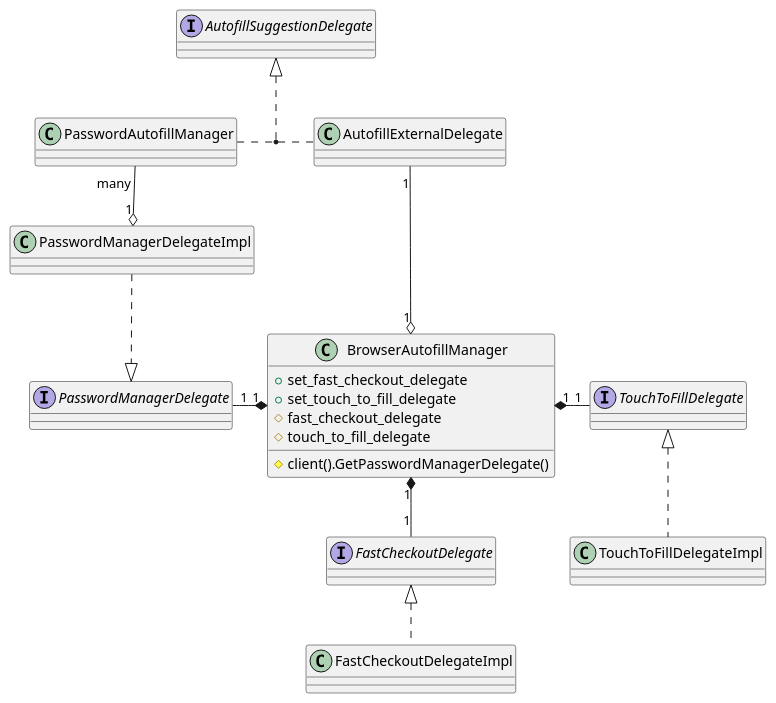
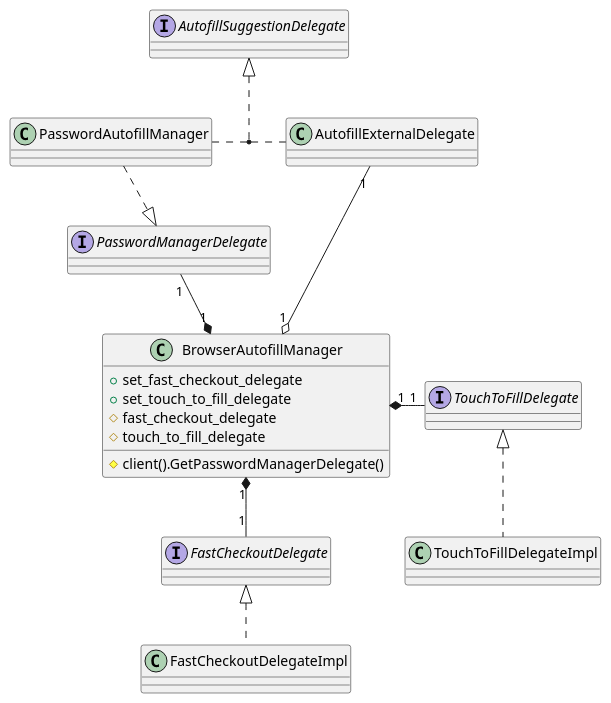
Before and after one commit to benji-cannot-code/fast-vc-chromium-benchmark-run-4: the diagram in components/autofill/core/browser/integrators/README_class.plantuml, drawn with PlantUML. The commit also changed 22 other files, not shown here.

First line of the commit message:
[Autofill] Use PasswordAutofillManager as PasswordManagerDelegate

```diff
--- a/components/autofill/core/browser/integrators/README_class.plantuml
+++ b/components/autofill/core/browser/integrators/README_class.plantuml
@@ -15,35 +15,33 @@
 @startuml
 interface "TouchToFillDelegate" as ttfd
 interface "FastCheckoutDelegate" as fcod
 interface "PasswordManagerDelegate" as pmd
 interface "AutofillSuggestionDelegate" as asd
 class "AutofillExternalDelegate" as aed
-class "PasswordManagerDelegateImpl" as pmdi
 class "PasswordAutofillManager" as pam
 class "BrowserAutofillManager" as bam {
   + set_fast_checkout_delegate
   + set_touch_to_fill_delegate
   # fast_checkout_delegate
   # client().GetPasswordManagerDelegate()
   # touch_to_fill_delegate
 }
 
 'The BrowserAutofillManager has numerous delegates to different components.
 pmd "1" -* "1" bam
 bam "1" *- "1" ttfd
 bam "1" *-- "1" fcod
 aed "1" ---o "1" bam
 
 'Pwd Autofill manager and external delegate implement the same interface.
 'Eventually, the pam should not implement the aed anymore but purely communicate
 'with the bam.
 pam . aed
 asd <|.. (pam, aed)
 
 'Each delegate is implemented by a respective impl class in its component.
-pam "many" --o "1" pmdi
-pmdi ..|> pmd
+pam  ..|> pmd
 ttfd <|.. TouchToFillDelegateImpl
 fcod <|.. FastCheckoutDelegateImpl
 
 @enduml
```
